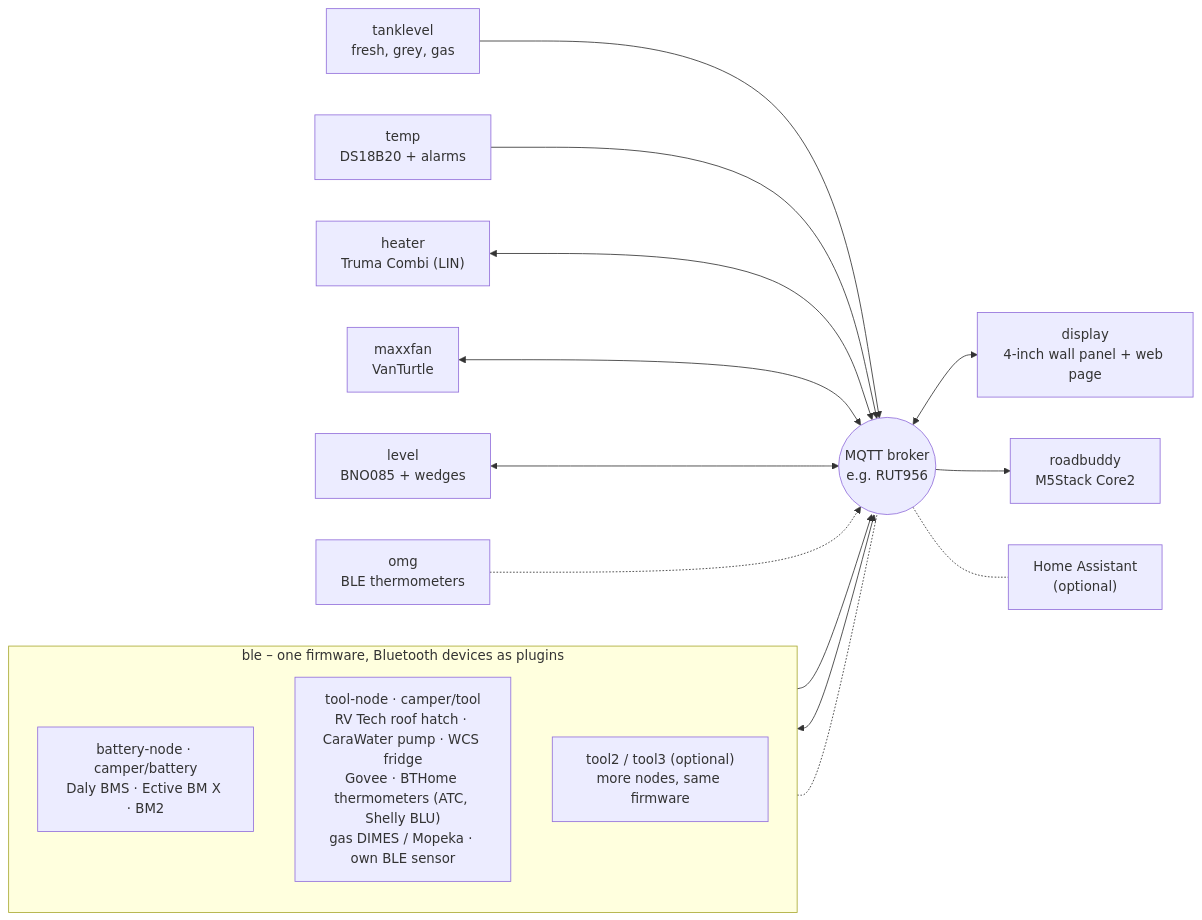
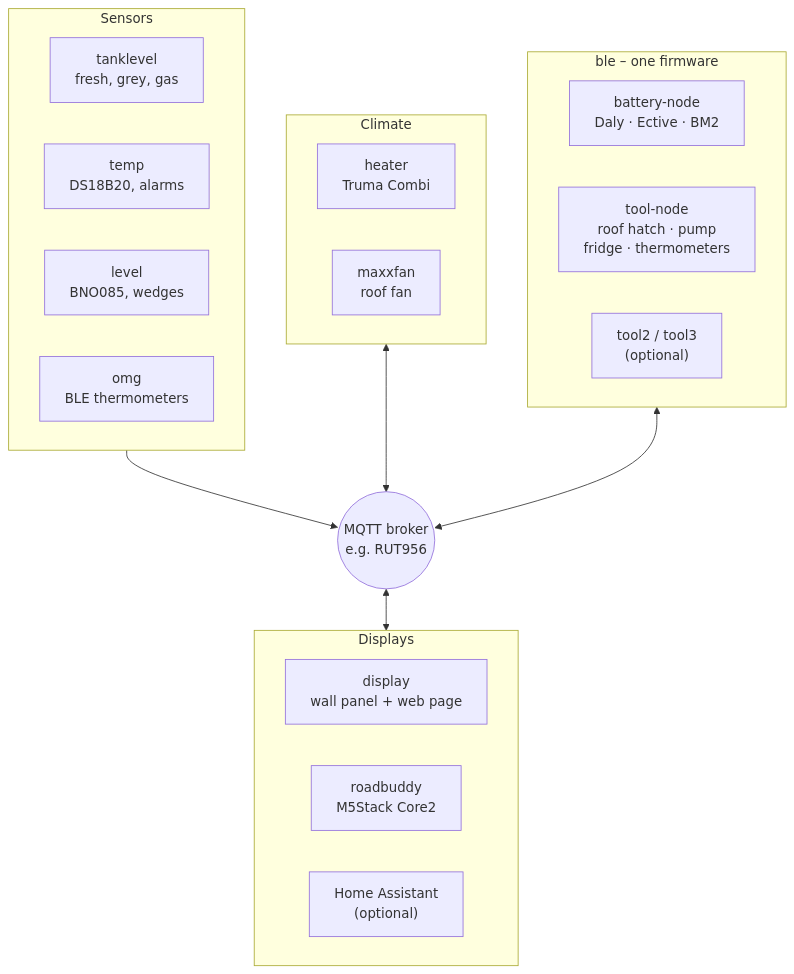
Before and after one commit to hflocki/vannode: the diagram in README.md, drawn with Mermaid. The commit also changed 1 other file, not shown here.

Commit message:
README: simpler diagram (sensors, climate, ble, broker, displays)

````diff
--- a/README.md
+++ b/README.md
@@ -27,22 +27,28 @@
 ```mermaid
-flowchart LR
+flowchart TB
+  subgraph sens["Sensors"]
+    tank["tanklevel<br/>fresh, grey, gas"]
+    temp["temp<br/>DS18B20, alarms"]
+    level["level<br/>BNO085, wedges"]
+    omg["omg<br/>BLE thermometers"]
+  end
+  subgraph clim["Climate"]
+    heater["heater<br/>Truma Combi"]
+    fan["maxxfan<br/>roof fan"]
+  end
+  subgraph ble["ble – one firmware"]
+    bat["battery-node<br/>Daly · Ective · BM2"]
+    tool["tool-node<br/>roof hatch · pump<br/>fridge · thermometers"]
+    more["tool2 / tool3<br/>(optional)"]
+  end
   broker(("MQTT broker<br/>e.g. RUT956"))
-  tank["tanklevel<br/>fresh, grey, gas"] --> broker
-  temp["temp<br/>DS18B20 + alarms"] --> broker
-  heater["heater<br/>Truma Combi (LIN)"] <--> broker
-  fan["maxxfan<br/>VanTurtle"] <--> broker
-  level["level<br/>BNO085 + wedges"] <--> broker
-  omg["omg<br/>BLE thermometers"] -.-> broker
-  subgraph ble["ble – one firmware, Bluetooth devices as plugins"]
-    direction TB
-    bat["battery-node · camper/battery<br/>Daly BMS · Ective BM X · BM2"]
-    tool["tool-node · camper/tool<br/>RV Tech roof hatch · CaraWater pump · WCS fridge<br/>Govee · BTHome thermometers (ATC, Shelly BLU)<br/>gas DIMES / Mopeka · own BLE sensor"]
-    more["tool2 / tool3 (optional)<br/>more nodes, same firmware"]
+  subgraph ui["Displays"]
+    display["display<br/>wall panel + web page"]
+    rb["roadbuddy<br/>M5Stack Core2"]
+    ha["Home Assistant<br/>(optional)"]
   end
-  bat --> broker
-  tool <--> broker
-  more -.- broker
-  broker <--> display["display<br/>4-inch wall panel + web page"]
-  broker --> rb["roadbuddy<br/>M5Stack Core2"]
-  broker -.- ha["Home Assistant<br/>(optional)"]
+  sens --> broker
+  clim <--> broker
+  ble <--> broker
+  broker <--> ui
 ```
````
